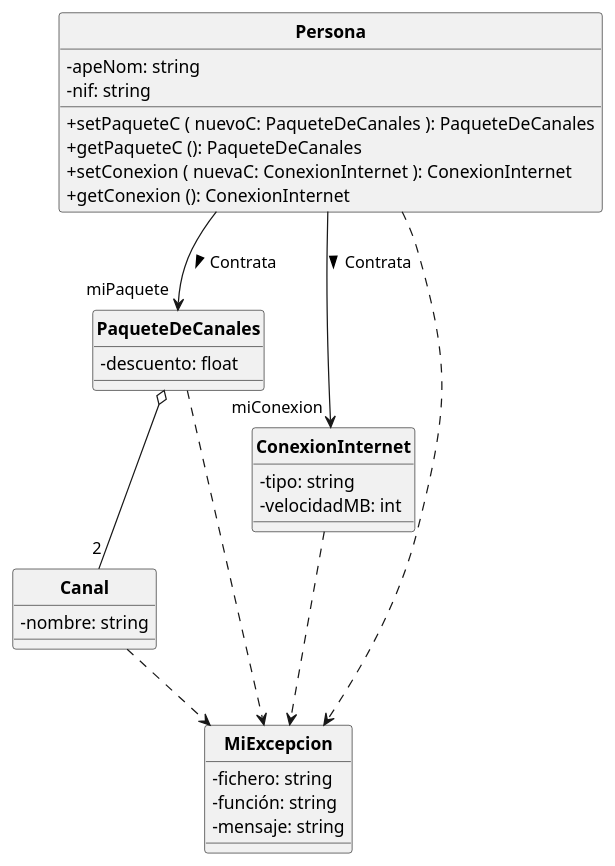
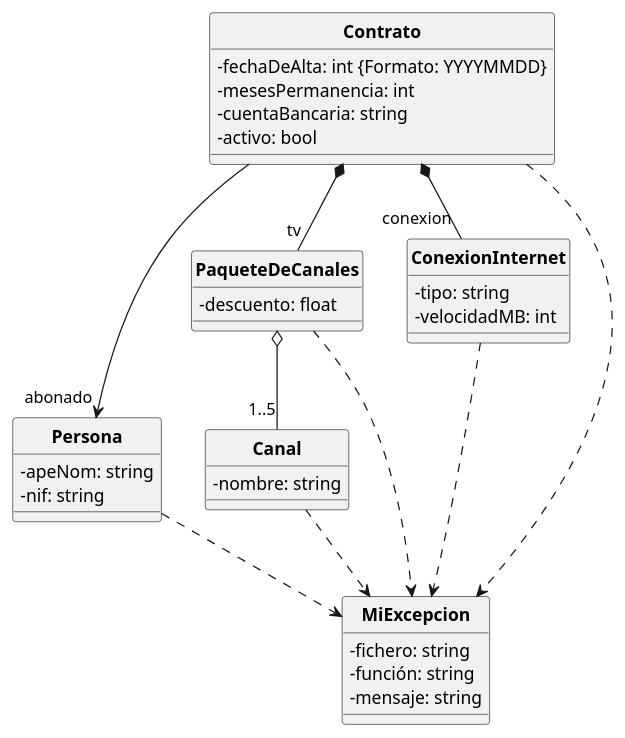
The diagram in PooFusion.puml (POOUJA/PooFusion), drawn with PlantUML before and after one commit. The commit also changed 1 other file, not shown here.

Commit message:
UML para la sesión 3_3
- Actualizados los diagramas de clases en formato PlantUML y UMLet

```diff
--- a/PooFusion.puml
+++ b/PooFusion.puml
@@ -1,43 +1,48 @@
 @startuml
 
 hide circle
 skinparam classattributeiconsize 0
 skinparam classFontStyle bold
 
+class Contrato {
+ - fechaDeAlta: int {Formato: YYYYMMDD}
+ - mesesPermanencia: int
+ - cuentaBancaria: string
+ - activo: bool
+}
+
 class Persona {
  - apeNom: string
  - nif: string
- + setPaqueteC ( nuevoC: PaqueteDeCanales ): PaqueteDeCanales
- + getPaqueteC (): PaqueteDeCanales
- + setConexion ( nuevaC: ConexionInternet ): ConexionInternet
- + getConexion (): ConexionInternet
 }
 
 class PaqueteDeCanales{
  - descuento: float
 }
 
 class ConexionInternet {
  - tipo: string
  - velocidadMB: int
 }
 
 class Canal {
  - nombre: string
 }
 
 class MiExcepcion{
  - fichero: string
  - función: string
  - mensaje: string
 }
 
-Persona --> "miConexion" ConexionInternet: Contrata >
-Persona --> "miPaquete" PaqueteDeCanales: Contrata >
-PaqueteDeCanales o-- "2" Canal
+Contrato *-- "conexion" ConexionInternet
+Contrato *-- "tv" PaqueteDeCanales
+Contrato --> "abonado" Persona
+PaqueteDeCanales o-- "1..5" Canal
+Contrato ..> MiExcepcion
 Canal ..> MiExcepcion
 ConexionInternet ..> MiExcepcion
 Persona ..> MiExcepcion
 PaqueteDeCanales ..> MiExcepcion
 
 @enduml
```
